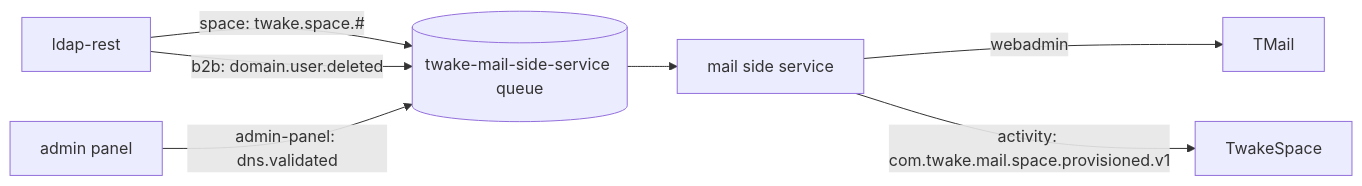
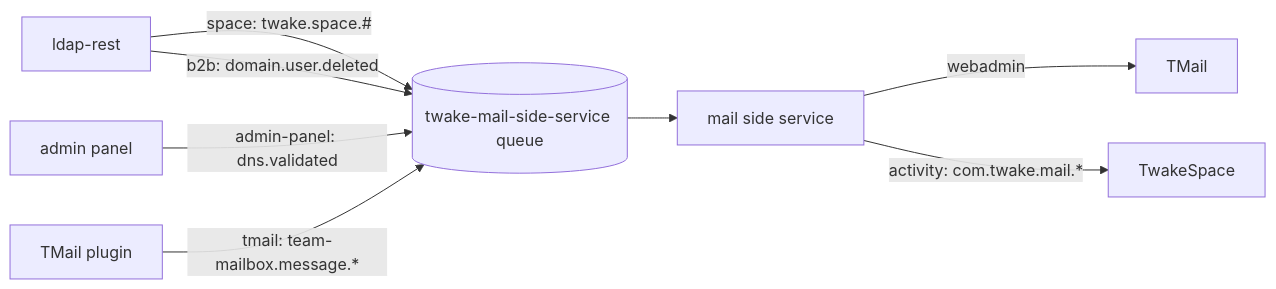
One commit to linagora/twake-mail-side-service changed the first of 2 diagrams in docs/architecture.md. Above: the diagram before and after it, drawn with Mermaid. The commit also changed other lines of this file and 17 other files, not shown here.

Commit message:
feat: report team mailbox mail to the space feed

````diff
--- a/docs/architecture.md
+++ b/docs/architecture.md
@@ -15,9 +16,10 @@
 ```mermaid
 flowchart LR
   ldap[ldap-rest] -->|space: twake.space.#| q[(twake-mail-side-service queue)]
   ldap -->|b2b: domain.user.deleted| q
   admin[admin panel] -->|admin-panel: dns.validated| q
+  plugin[TMail plugin] -->|tmail: team-mailbox.message.*| q
   q --> svc[mail side service]
   svc -->|webadmin| tmail[TMail]
-  svc -->|activity: com.twake.mail.space.provisioned.v1| space[TwakeSpace]
+  svc -->|activity: com.twake.mail.*| space[TwakeSpace]
 ```
````
